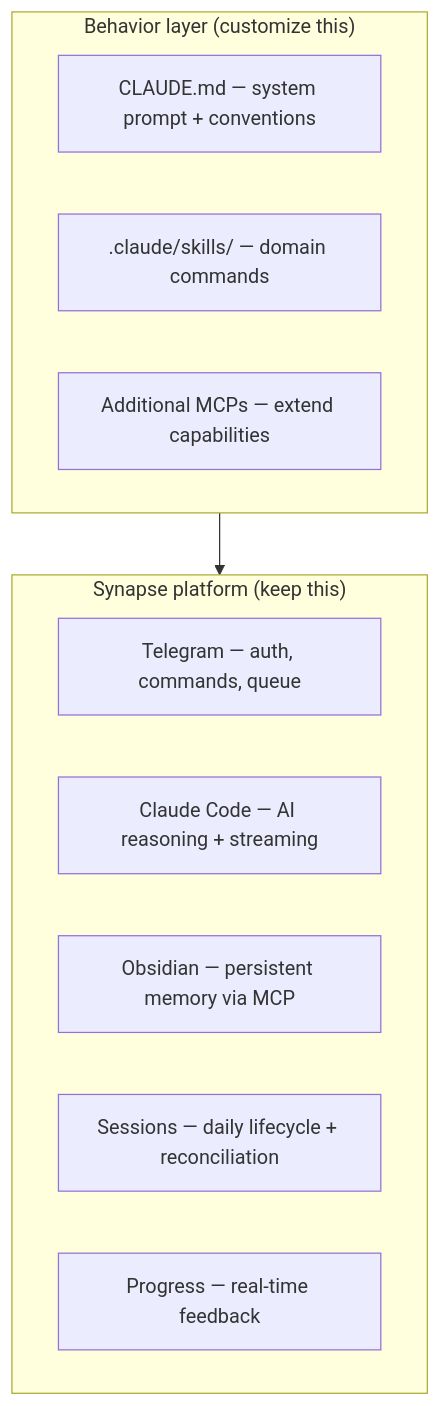
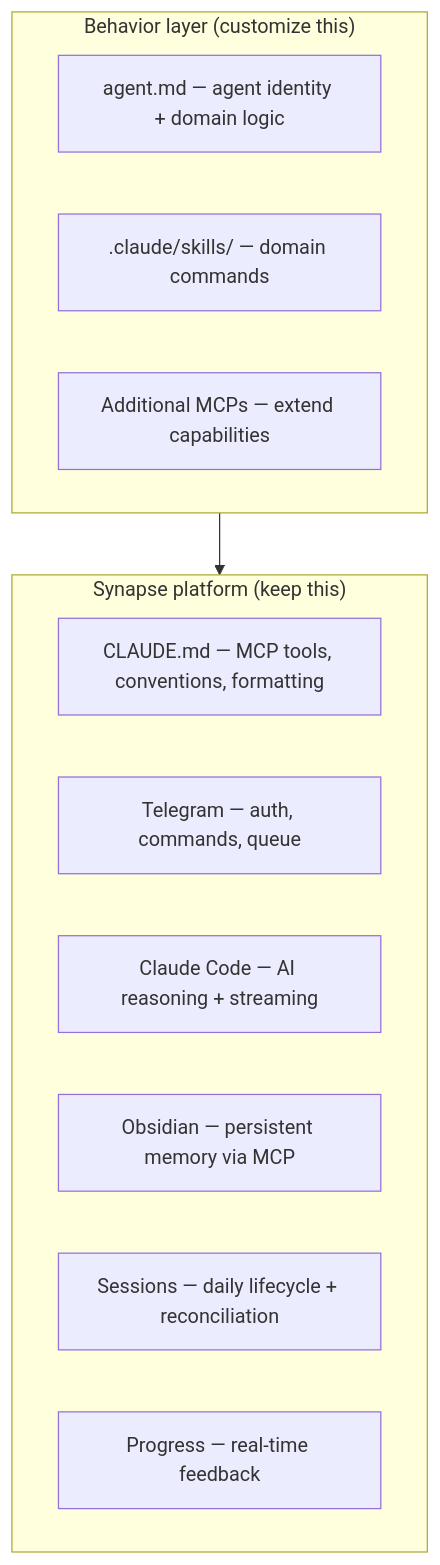
The second of 5 diagrams in README.md (sdpoueme/vertex-nova), drawn with Mermaid before and after one commit. The commit also changed other lines of this file and 3 other files, not shown here.

First line of the commit message:
Split CLAUDE.md into platform + agent.md for extensibility

````diff
--- a/README.md
+++ b/README.md
@@ -49,16 +50,17 @@
 ```mermaid
 flowchart TB
   subgraph Behavior["Behavior layer (customize this)"]
-    A[CLAUDE.md — system prompt + conventions]
+    A[agent.md — agent identity + domain logic]
     B[.claude/skills/ — domain commands]
     C[Additional MCPs — extend capabilities]
   end
   subgraph Synapse["Synapse platform (keep this)"]
-    D[Telegram — auth, commands, queue]
-    E[Claude Code — AI reasoning + streaming]
-    F[Obsidian — persistent memory via MCP]
-    G[Sessions — daily lifecycle + reconciliation]
-    H[Progress — real-time feedback]
+    D[CLAUDE.md — MCP tools, conventions, formatting]
+    E[Telegram — auth, commands, queue]
+    F[Claude Code — AI reasoning + streaming]
+    G[Obsidian — persistent memory via MCP]
+    H[Sessions — daily lifecycle + reconciliation]
+    I[Progress — real-time feedback]
   end
   Behavior --> Synapse
 ```
````
